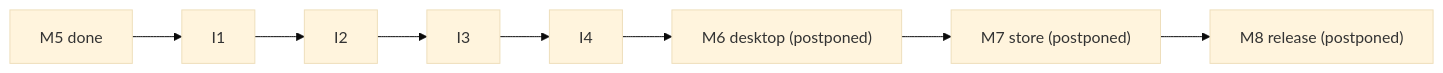
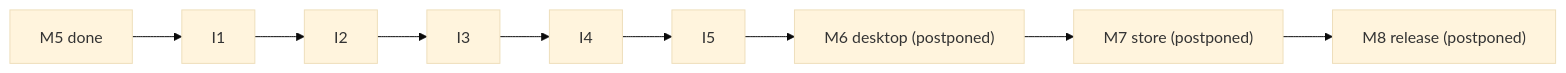
One commit to HJNWorks/BunnyMeadow changed the diagram in docs/iterations/README.md. Above: the diagram before and after it, drawn with Mermaid (base theme). The commit also changed other lines of this file and 30 other files, not shown here.

````diff
--- a/docs/iterations/README.md
+++ b/docs/iterations/README.md
@@ -29,10 +30,11 @@
 ```mermaid
 flowchart LR
   m5["M5 done"] --> i1
   i1[I1] --> i2[I2]
   i2 --> i3[I3]
   i3 --> i4[I4]
-  i4 --> m6["M6 desktop (postponed)"]
+  i4 --> i5[I5]
+  i5 --> m6["M6 desktop (postponed)"]
   m6 --> m7["M7 store (postponed)"]
   m7 --> m8["M8 release (postponed)"]
 ```
````
